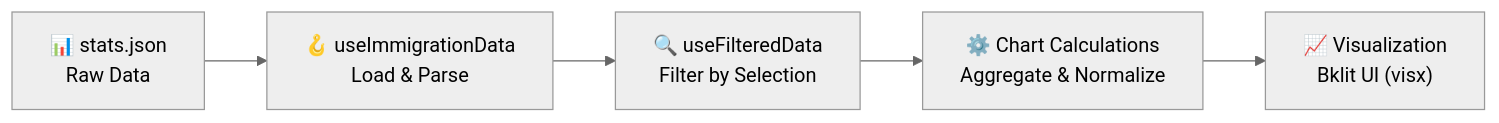
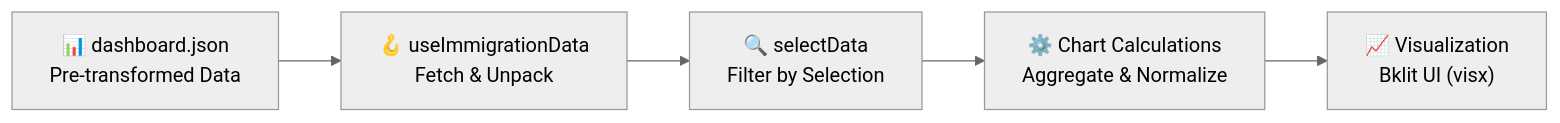
The second of 16 diagrams in ARCHITECTURE.md (RetroHazard/JP_Immigration_Dashboard), drawn with Mermaid (neutral theme) before and after one commit. The commit also changed other lines of this file and 1 other file, not shown here.

First line of the commit message:
Bring ARCHITECTURE.md and DEVELOPMENT.md up to date with the Civic Glass rebuild

````diff
--- a/ARCHITECTURE.md
+++ b/ARCHITECTURE.md
@@ -56,13 +60,13 @@
 ```mermaid
 graph LR
-    DATA["📊 stats.json<br/>Raw Data"] 
-    HOOK["🪝 useImmigrationData<br/>Load & Parse"]
-    FILTER["🔍 useFilteredData<br/>Filter by Selection"]
+    DATA["📊 dashboard.json<br/>Pre-transformed Data"] 
+    HOOK["🪝 useImmigrationData<br/>Fetch & Unpack"]
+    FILTER["🔍 selectData<br/>Filter by Selection"]
     CALC["⚙️ Chart Calculations<br/>Aggregate & Normalize"]
     VIZ["📈 Visualization<br/>Bklit UI (visx)"]
     
     DATA --> HOOK
     HOOK --> FILTER
     FILTER --> CALC
     CALC --> VIZ
 ```
````
